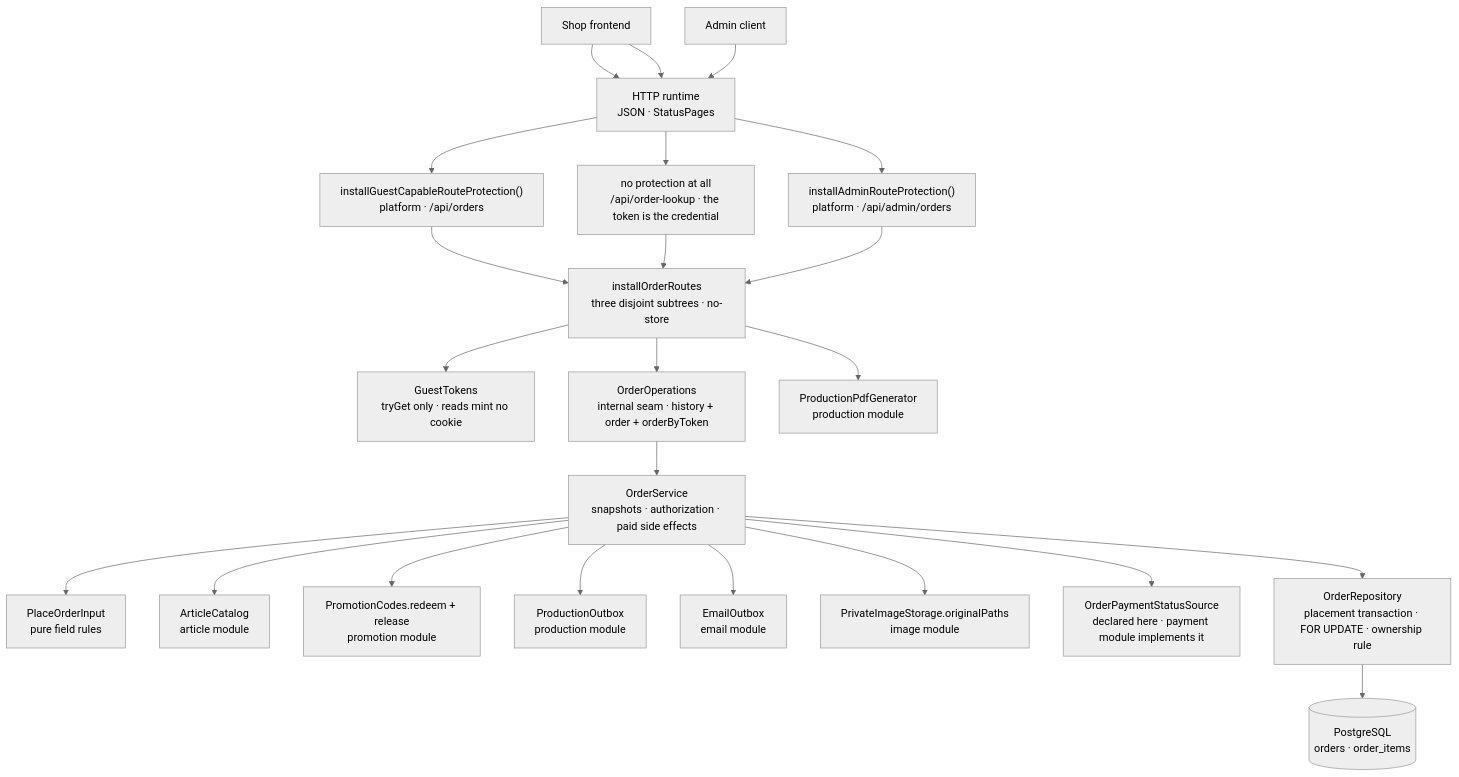
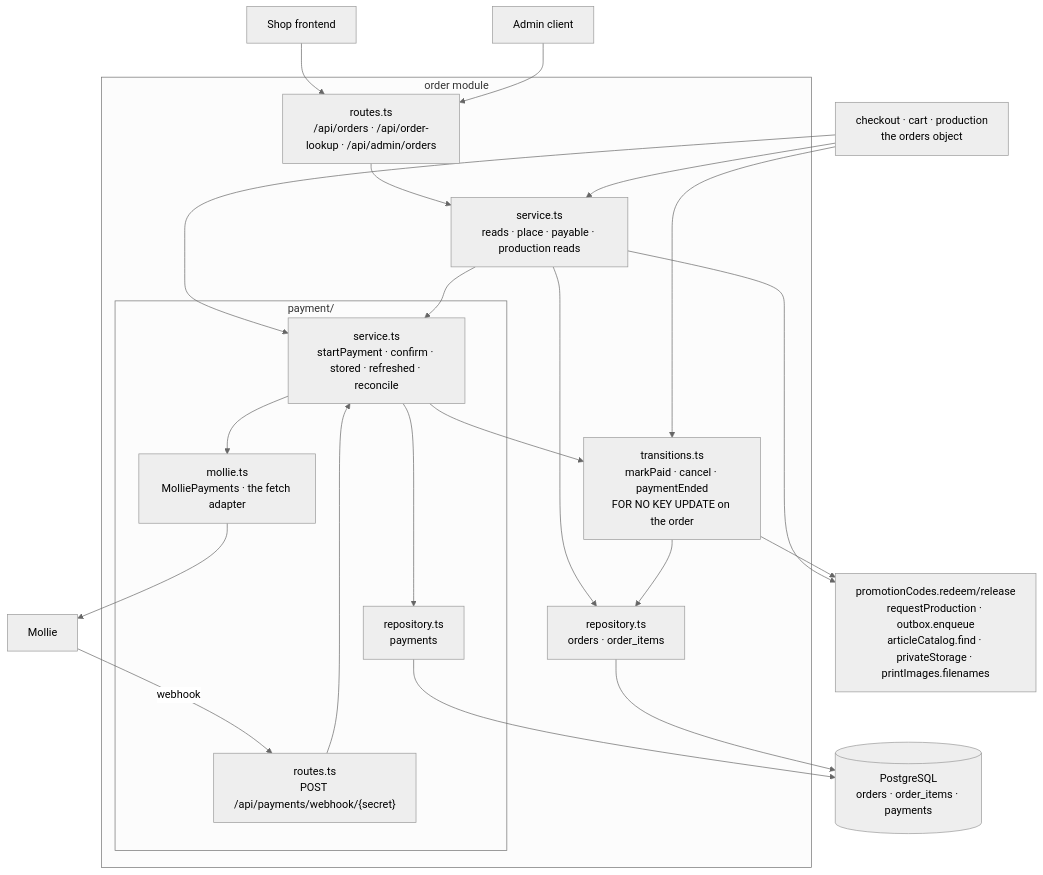
The diagram in docs/dev/backend/packages/order-package.md (bitstorm-tech/voenix-shop-kotlin), drawn with Mermaid (neutral theme) before and after one commit. The commit also changed other lines of this file and 1061 other files, not shown here.

````diff
--- a/docs/dev/backend/packages/order-package.md
+++ b/docs/dev/backend/packages/order-package.md
@@ -61,38 +59,38 @@
 ```mermaid
 flowchart TB
     Client["Shop frontend"]
     Admin["Admin client"]
-    Http["HTTP runtime<br/>JSON · StatusPages"]
-    Guest["installGuestCapableRouteProtection()<br/>platform · /api/orders"]
-    Link["no protection at all<br/>/api/order-lookup · the token is the credential"]
-    AdminAuth["installAdminRouteProtection()<br/>platform · /api/admin/orders"]
-    Routes["installOrderRoutes<br/>three disjoint subtrees · no-store"]
-    Tokens["GuestTokens<br/>tryGet only · reads mint no cookie"]
-    Operations["OrderOperations<br/>internal seam · history + order + orderByToken"]
-    Service["OrderService<br/>snapshots · authorization · paid side effects"]
-    Input["PlaceOrderInput<br/>pure field rules"]
-    Articles["ArticleCatalog<br/>article module"]
-    Promotions["PromotionCodes.redeem + release<br/>promotion module"]
-    ProdOutbox["ProductionOutbox<br/>production module"]
-    MailOutbox["EmailOutbox<br/>email module"]
-    Images["PrivateImageStorage.originalPaths<br/>image module"]
-    PaymentStatus["OrderPaymentStatusSource<br/>declared here · payment module implements it"]
-    Pdfs["ProductionPdfGenerator<br/>production module"]
-    Repository["OrderRepository<br/>placement transaction · FOR UPDATE · ownership rule"]
-    Tables[("PostgreSQL<br/>orders · order_items")]
+    Mollie["Mollie"]
+    Checkout["checkout · cart · production<br/>the orders object"]
 
-    Client --> Http --> Guest --> Routes
-    Client --> Http --> Link --> Routes
-    Admin --> Http --> AdminAuth --> Routes
-    Routes --> Tokens
-    Routes --> Pdfs
-    Routes --> Operations --> Service
-    Service --> Input
-    Service --> Articles
-    Service --> Promotions
-    Service --> ProdOutbox
-    Service --> MailOutbox
-    Service --> Images
-    Service --> PaymentStatus
-    Service --> Repository --> Tables
+    subgraph Order["order module"]
+        Routes["routes.ts<br/>/api/orders · /api/order-lookup · /api/admin/orders"]
+        Service["service.ts<br/>reads · place · payable · production reads"]
+        Transitions["transitions.ts<br/>markPaid · cancel · paymentEnded<br/>FOR NO KEY UPDATE on the order"]
+        Repository["repository.ts<br/>orders · order_items"]
+        subgraph Payment["payment/"]
+            Webhook["routes.ts<br/>POST /api/payments/webhook/{secret}"]
+            PaymentService["service.ts<br/>startPayment · confirm · stored · refreshed · reconcile"]
+            Adapter["mollie.ts<br/>MolliePayments · the fetch adapter"]
+            PaymentRepository["repository.ts<br/>payments"]
+        end
+    end
+
+    Others["promotionCodes.redeem/release<br/>requestProduction · outbox.enqueue<br/>articleCatalog.find · privateStorage · printImages.filenames"]
+    Database[("PostgreSQL<br/>orders · order_items · payments")]
+
+    Client --> Routes --> Service
+    Admin --> Routes
+    Mollie -->|webhook| Webhook --> PaymentService
+    Checkout --> Service
+    Checkout --> PaymentService
+    Checkout --> Transitions
+    Service --> PaymentService
+    PaymentService --> Transitions
+    PaymentService --> Adapter --> Mollie
+    Service --> Repository --> Database
+    PaymentService --> PaymentRepository --> Database
+    Transitions --> Repository
+    Service --> Others
+    Transitions --> Others
 ```
````
